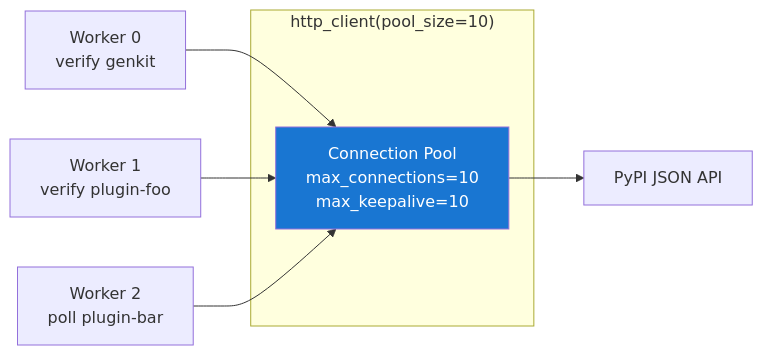
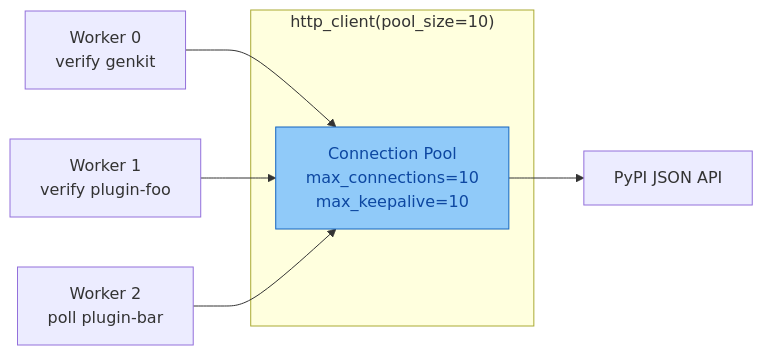
One commit to genkit-ai/genkit-python changed the third of 4 diagrams in tools/releasekit/docs/docs/internals/async-concurrency.md. Above: the diagram before and after it, drawn with Mermaid. The commit also changed other lines of this file and 208 other files, not shown here.

````diff
--- a/tools/releasekit/docs/docs/internals/async-concurrency.md
+++ b/tools/releasekit/docs/docs/internals/async-concurrency.md
@@ -173,13 +173,13 @@
 ```mermaid
 graph LR
     subgraph "http_client(pool_size=10)"
         POOL["Connection Pool<br/>max_connections=10<br/>max_keepalive=10"]
     end
 
     PUB1["Worker 0<br/>verify genkit"] --> POOL
     PUB2["Worker 1<br/>verify plugin-foo"] --> POOL
     PUB3["Worker 2<br/>poll plugin-bar"] --> POOL
     POOL --> PYPI["PyPI JSON API"]
 
-    style POOL fill:#1976d2,color:#fff
+    style POOL fill:#90caf9,stroke:#1565c0,color:#0d47a1
 ```
````
